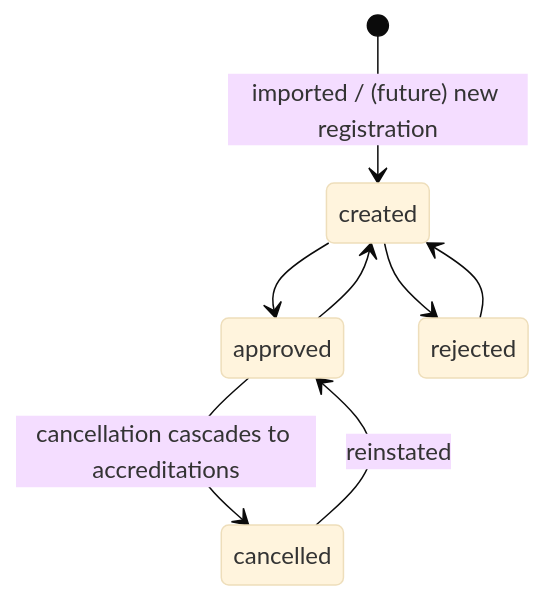
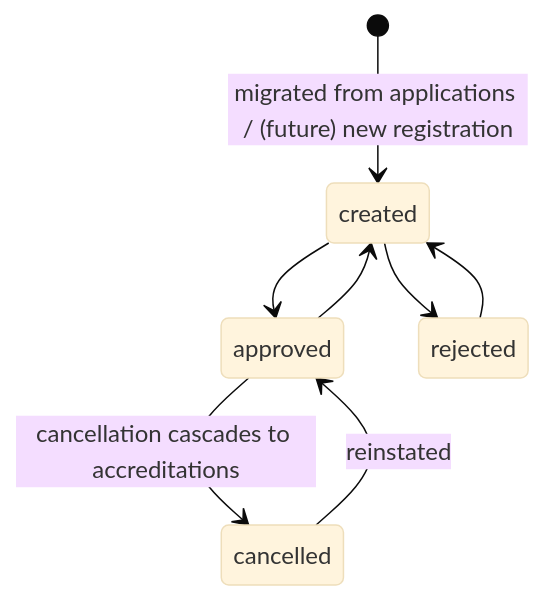
The fifth of 6 diagrams in docs/analysis/register-enrol-domain-model-design.md (DEFRA/epr-register-enrol-backend), drawn with Mermaid (base theme) before and after one commit. The commit also changed other lines of this file, not shown here.

````diff
--- a/docs/analysis/register-enrol-domain-model-design.md
+++ b/docs/analysis/register-enrol-domain-model-design.md
@@ -576,10 +600,10 @@
 ```mermaid
 stateDiagram-v2
-    [*] --> created : imported / (future) new registration
+    [*] --> created : migrated from applications / (future) new registration
     created --> approved
     created --> rejected
     approved --> cancelled : cancellation cascades to accreditations
     cancelled --> approved : reinstated
     rejected --> created
     approved --> created
 ```
````
